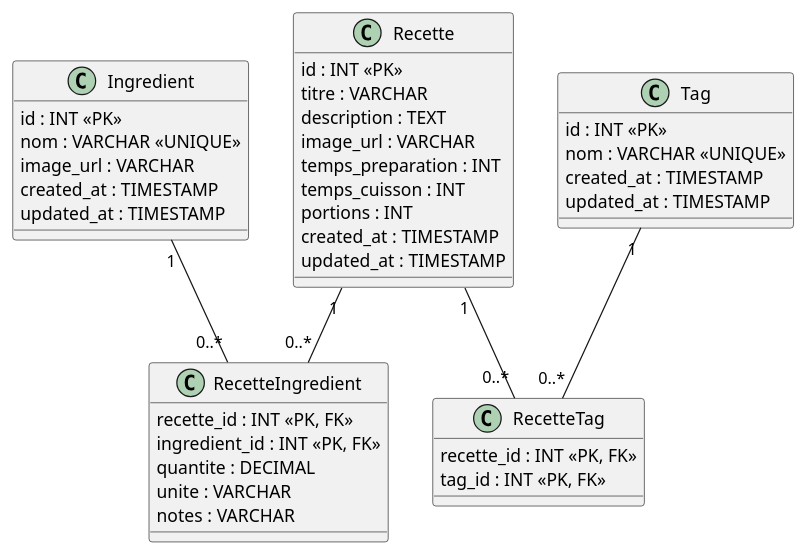
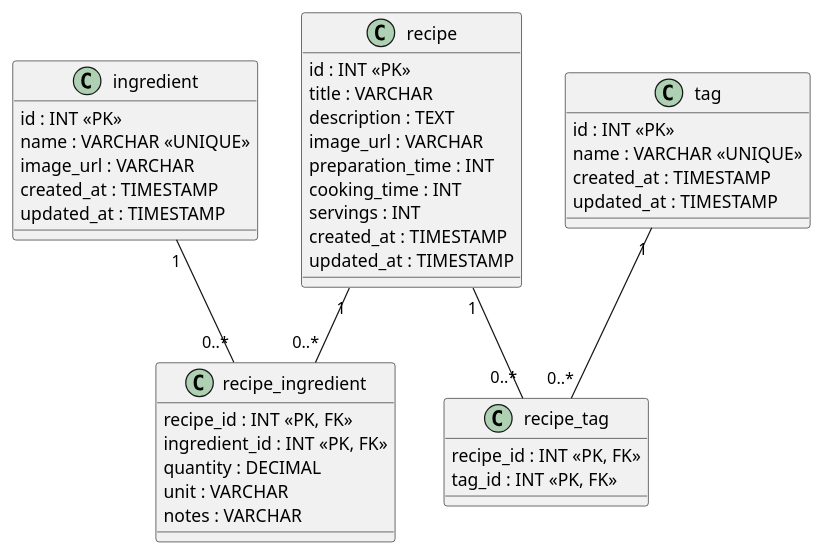
Before and after one commit to aminehib/Best-Meal-Corp: the diagram in database.puml, drawn with PlantUML. The commit also changed other lines of this file, not shown here.

Commit message:
Refactor class names and attributes in database.puml

```diff
--- a/database.puml
+++ b/database.puml
@@ -1,49 +1,49 @@
 @startuml
 
-class Recette {
+class recipe {
   id : INT <<PK>>
-  titre : VARCHAR
+  title : VARCHAR
   description : TEXT
   image_url : VARCHAR
-  temps_preparation : INT
-  temps_cuisson : INT
-  portions : INT
+  preparation_time : INT
+  cooking_time : INT
+  servings : INT
   created_at : TIMESTAMP
   updated_at : TIMESTAMP
 }
 
-class Ingredient {
+class ingredient {
   id : INT <<PK>>
-  nom : VARCHAR <<UNIQUE>>
+  name : VARCHAR <<UNIQUE>>
   image_url : VARCHAR
   created_at : TIMESTAMP
   updated_at : TIMESTAMP
 }
 
-class Tag {
+class tag {
   id : INT <<PK>>
-  nom : VARCHAR <<UNIQUE>>
+  name : VARCHAR <<UNIQUE>>
   created_at : TIMESTAMP
   updated_at : TIMESTAMP
 }
 
-class RecetteIngredient {
-  recette_id : INT <<PK, FK>>
+class recipe_ingredient {
+  recipe_id : INT <<PK, FK>>
   ingredient_id : INT <<PK, FK>>
-  quantite : DECIMAL
-  unite : VARCHAR
+  quantity : DECIMAL
+  unit : VARCHAR
   notes : VARCHAR
 }
 
-class RecetteTag {
-  recette_id : INT <<PK, FK>>
+class recipe_tag {
+  recipe_id : INT <<PK, FK>>
   tag_id : INT <<PK, FK>>
 }
 
-Recette "1" -- "0..*" RecetteIngredient
-Ingredient "1" -- "0..*" RecetteIngredient
+recipe "1" -- "0..*" recipe_ingredient
+ingredient "1" -- "0..*" recipe_ingredient
 
-Recette "1" -- "0..*" RecetteTag
-Tag "1" -- "0..*" RecetteTag
+recipe "1" -- "0..*" recipe_tag
+tag "1" -- "0..*" recipe_tag
 
 @enduml
```
